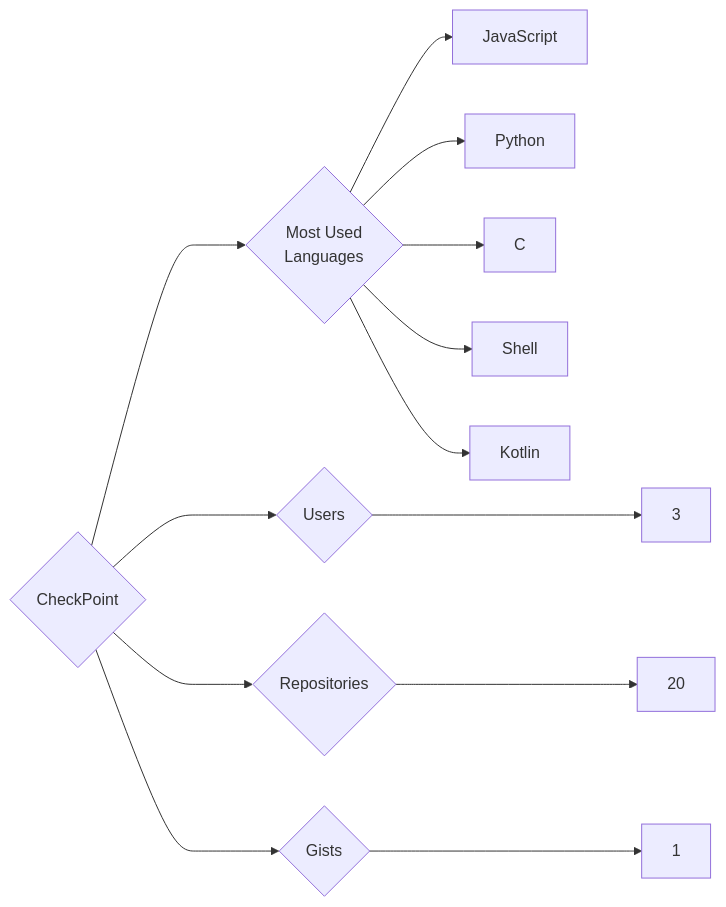
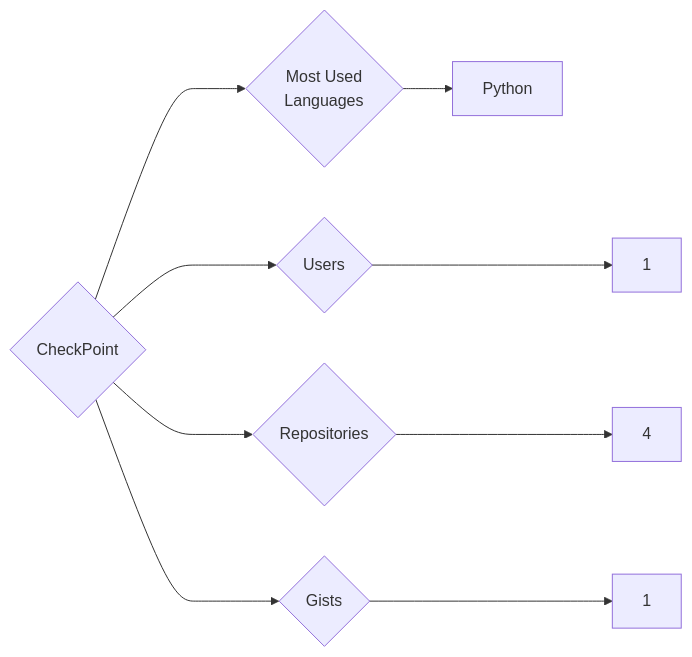
The diagram in targets/CheckPoint/README.md (trickest/insiders), drawn with Mermaid before and after one commit. The commit also changed 618 other files, not shown here.

````diff
--- a/targets/CheckPoint/README.md
+++ b/targets/CheckPoint/README.md
@@ -3,13 +3,9 @@
 ```mermaid
 graph LR
 COMPANY_NAME{CheckPoint}
-COMPANY_NAME ---> U{Users} ---> UN[3]
-COMPANY_NAME ---> R{Repositories} ---> RN[20]
+COMPANY_NAME ---> U{Users} ---> UN[1]
+COMPANY_NAME ---> R{Repositories} ---> RN[4]
 COMPANY_NAME ---> G{Gists} ---> GN[1]
 COMPANY_NAME ---> ML{Most Used<br>Languages}
-ML --> JavaScript[JavaScript]
 ML --> Python[Python]
-ML --> C[C]
-ML --> Shell[Shell]
-ML --> Kotlin[Kotlin]
 ```
````
